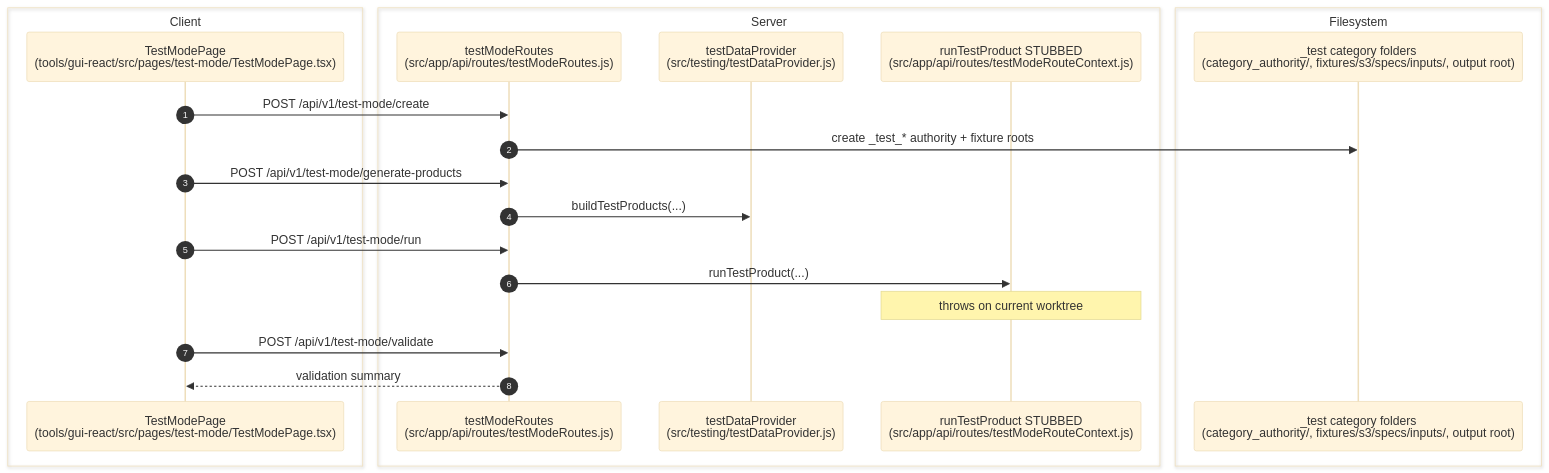
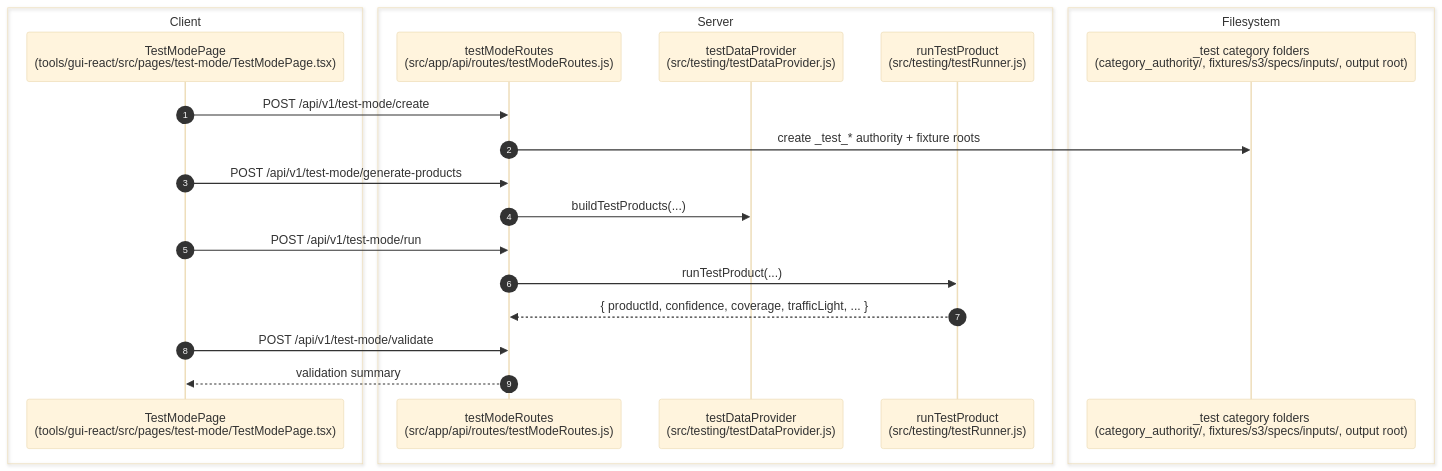
Before and after one commit to CdubVentures/Spec-Factory: the diagram in docs/04-features/test-mode.md, drawn with Mermaid. The commit also changed other lines of this file and 761 other files, not shown here.

````diff
--- a/docs/04-features/test-mode.md
+++ b/docs/04-features/test-mode.md
@@ -58,25 +58,25 @@
 ```mermaid
 %%{init: {'theme': 'base', 'themeVariables': { 'fontSize': '20px', 'actorWidth': 250, 'actorMargin': 200, 'boxMargin': 20 }}}%%
 sequenceDiagram
   autonumber
   box Client
     participant TestPage as TestModePage<br/>(tools/gui-react/src/pages/test-mode/TestModePage.tsx)
   end
   box Server
     participant TestRoutes as testModeRoutes<br/>(src/app/api/routes/testModeRoutes.js)
     participant Provider as testDataProvider<br/>(src/testing/testDataProvider.js)
-    participant RunStub as runTestProduct STUBBED<br/>(src/app/api/routes/testModeRouteContext.js)
+    participant Runner as runTestProduct<br/>(src/testing/testRunner.js)
   end
   box Filesystem
     participant TestCat as _test category folders<br/>(category_authority/, fixtures/s3/specs/inputs/, output root)
   end
   TestPage->>TestRoutes: POST /api/v1/test-mode/create
   TestRoutes->>TestCat: create _test_* authority + fixture roots
   TestPage->>TestRoutes: POST /api/v1/test-mode/generate-products
   TestRoutes->>Provider: buildTestProducts(...)
   TestPage->>TestRoutes: POST /api/v1/test-mode/run
-  TestRoutes->>RunStub: runTestProduct(...)
-  Note over RunStub: throws on current worktree
+  TestRoutes->>Runner: runTestProduct(...)
+  Runner-->>TestRoutes: { productId, confidence, coverage, trafficLight, ... }
   TestPage->>TestRoutes: POST /api/v1/test-mode/validate
   TestRoutes-->>TestPage: validation summary
 ```
````
